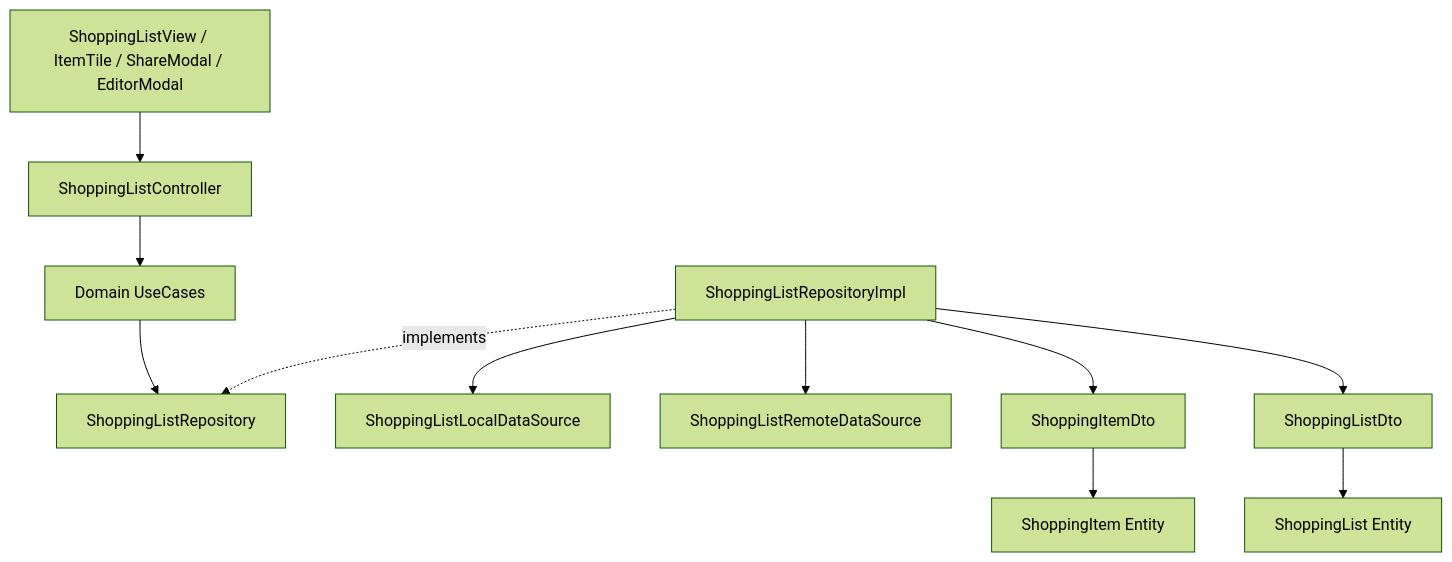
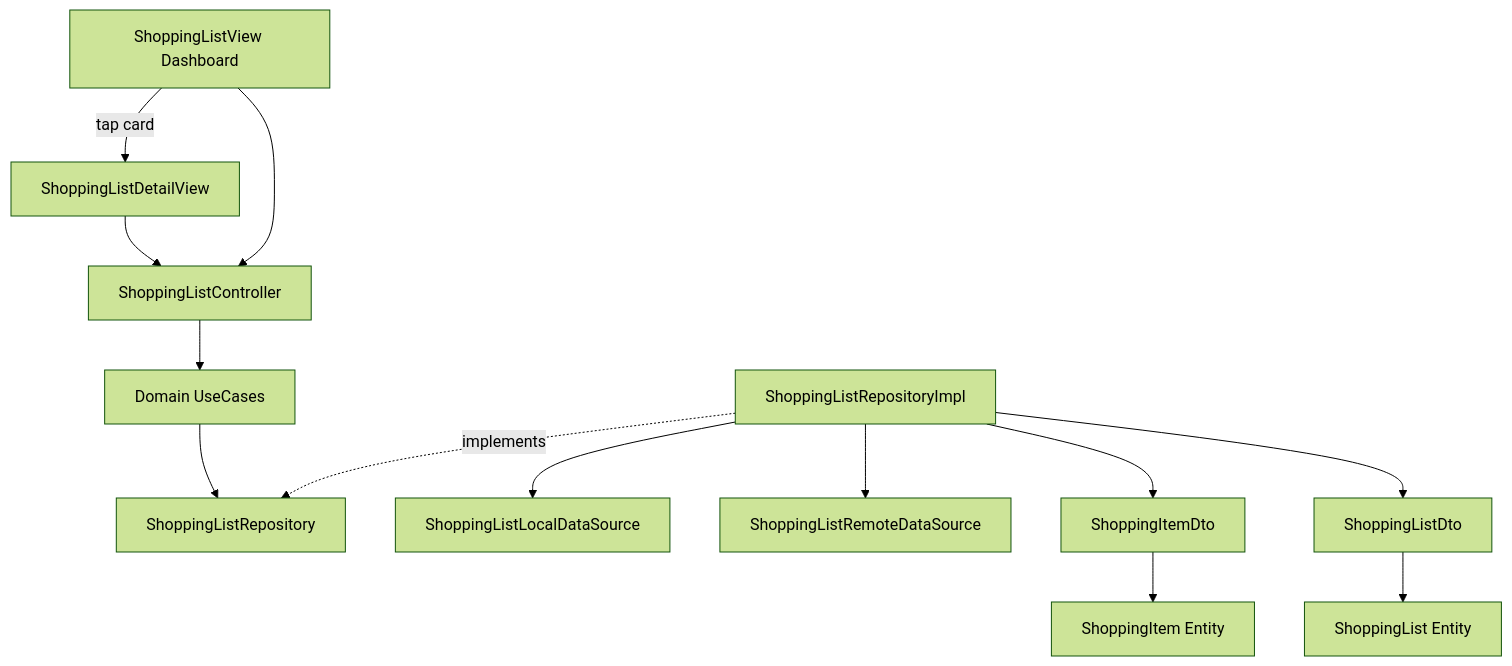
One commit to guyc2/ShoppingExplore changed the diagram in docs/shopping_list.md. Above: the diagram before and after it, drawn with Mermaid (forest theme). The commit also changed other lines of this file and 18 other files, not shown here.

Commit message:
feat: Sprint 4 - Stylish multi-list dashboard, account profile modal, shopping cart brand icon, create list modal, detail view

````diff
--- a/docs/shopping_list.md
+++ b/docs/shopping_list.md
@@ -29,13 +32,15 @@
 ```mermaid
 flowchart TD
-    UI[ShoppingListView / ItemTile / ShareModal / EditorModal] --> Controller[ShoppingListController]
+    Dashboard[ShoppingListView Dashboard] -->|tap card| DetailView[ShoppingListDetailView]
+    DetailView --> Controller[ShoppingListController]
+    Dashboard --> Controller
     Controller --> UseCases[Domain UseCases]
     UseCases --> RepoInterface[ShoppingListRepository]
     RepoImpl[ShoppingListRepositoryImpl] -. implements .-> RepoInterface
     RepoImpl --> LocalDS[ShoppingListLocalDataSource]
     RepoImpl --> RemoteDS[ShoppingListRemoteDataSource]
     RepoImpl --> ItemDto[ShoppingItemDto]
     ItemDto --> ItemEntity[ShoppingItem Entity]
     RepoImpl --> ListDto[ShoppingListDto]
     ListDto --> ListEntity[ShoppingList Entity]
 ```
````
